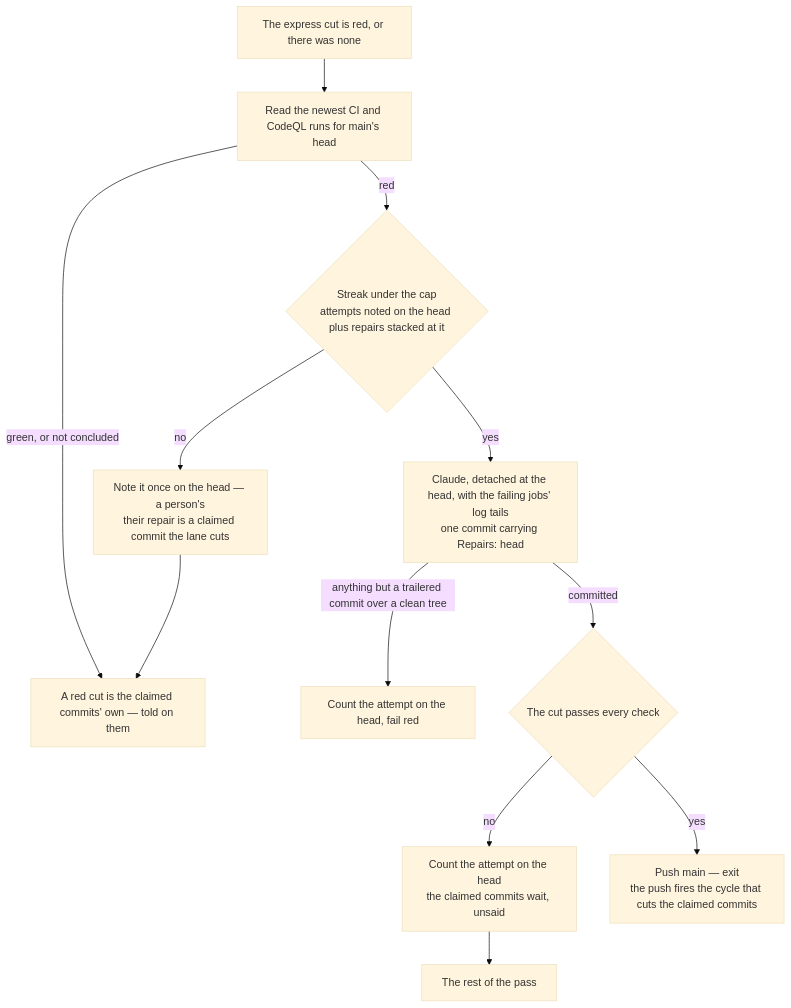
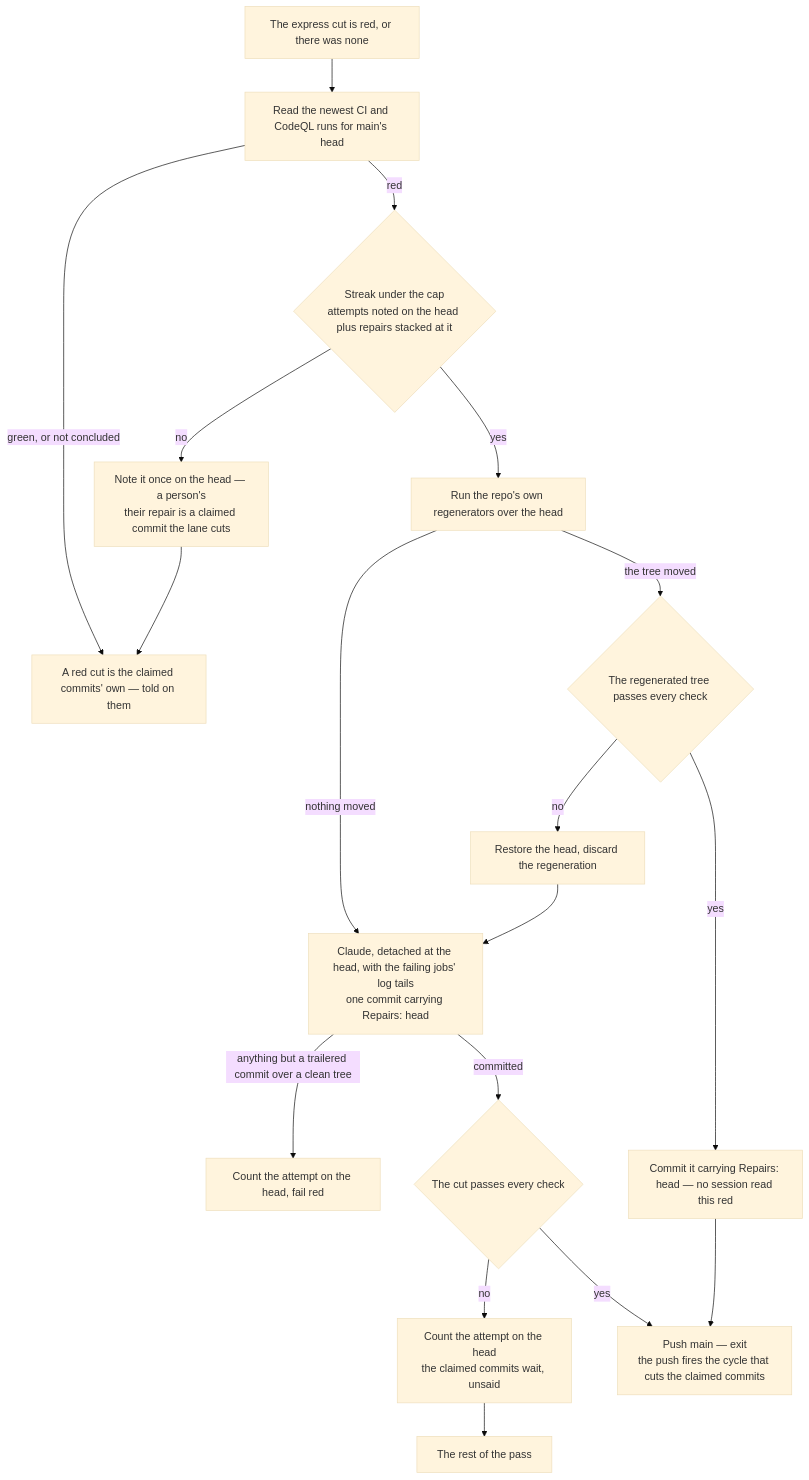
Before and after one commit to Esposter/Esposter: the diagram in apps/web/content/docs/infra/review-collector/repair.md, drawn with Mermaid (base theme). The commit also changed other lines of this file and 30 other files, not shown here.

First line of the commit message:
feat(collector): repair a red main without a session where a regenerator answers it

````diff
--- a/apps/web/content/docs/infra/review-collector/repair.md
+++ b/apps/web/content/docs/infra/review-collector/repair.md
@@ -12,12 +14,17 @@
 ```mermaid
 flowchart TD
   E[The express cut is red, or there was none] --> R[Read the newest CI and CodeQL runs for main's head]
   R -->|green, or not concluded| L[A red cut is the claimed commits' own — told on them]
   R -->|red| S{Streak under the cap<br/>attempts noted on the head plus repairs stacked at it}
   S -->|no| P[Note it once on the head — a person's<br/>their repair is a claimed commit the lane cuts] --> L
-  S -->|yes| C[Claude, detached at the head, with the failing jobs' log tails<br/>one commit carrying Repairs: head]
+  S -->|yes| G[Run the repo's own regenerators over the head]
+  G -->|nothing moved| C
+  G -->|the tree moved| GV{The regenerated tree passes every check}
+  GV -->|no| RS[Restore the head, discard the regeneration] --> C
+  GV -->|yes| GC[Commit it carrying Repairs: head — no session read this red] --> PU
+  C[Claude, detached at the head, with the failing jobs' log tails<br/>one commit carrying Repairs: head]
   C -->|anything but a trailered commit over a clean tree| F[Count the attempt on the head, fail red]
   C -->|committed| V{The cut passes every check}
   V -->|no| N[Count the attempt on the head<br/>the claimed commits wait, unsaid] --> L2[The rest of the pass]
   V -->|yes| PU[Push main — exit<br/>the push fires the cycle that cuts the claimed commits]
 ```
````
